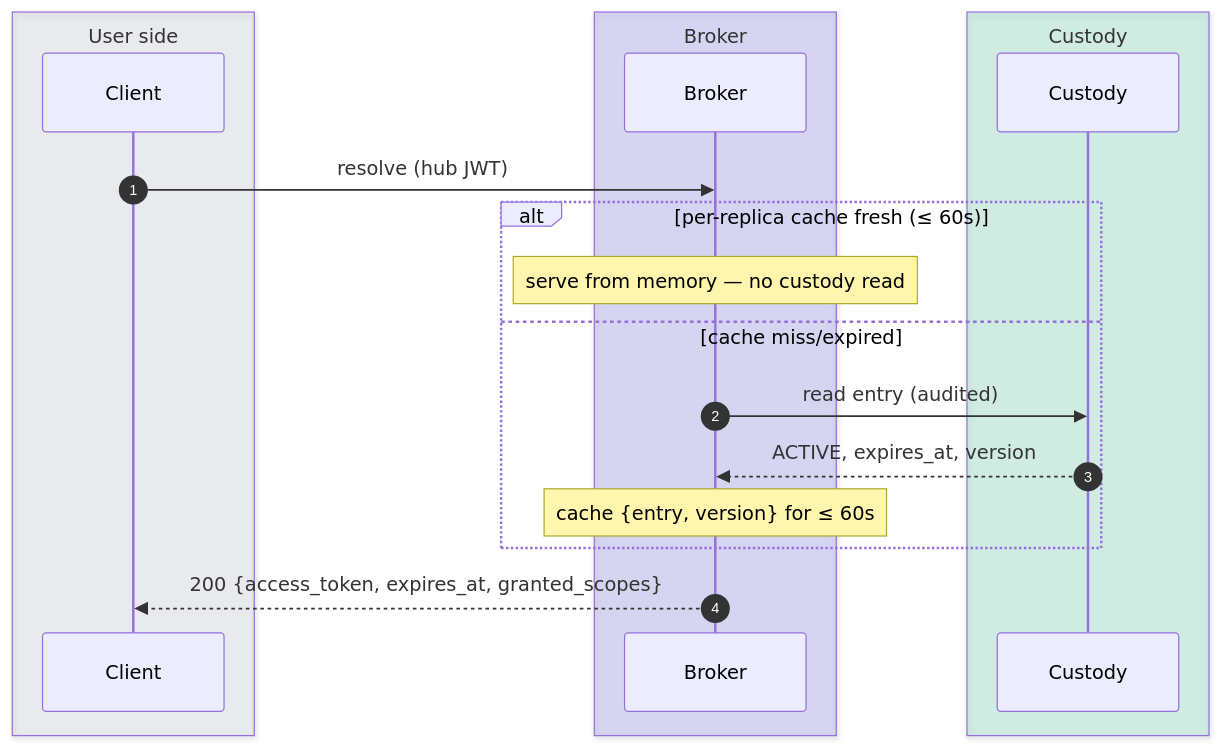
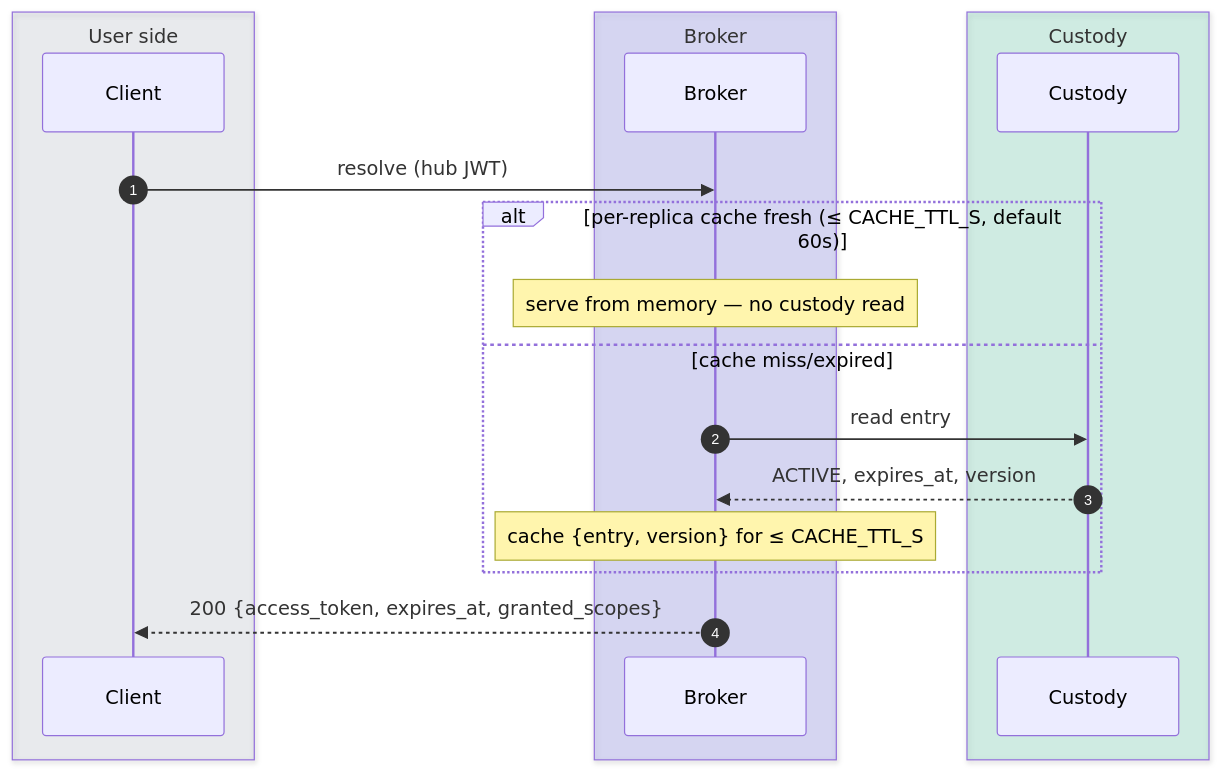
Before and after one commit to chief-builder/vendor-token-broker: the third of 10 diagrams in docs/token-lifecycle.md, drawn with Mermaid. The commit also changed other lines of this file and 20 other files, not shown here.

````diff
--- a/docs/token-lifecycle.md
+++ b/docs/token-lifecycle.md
@@ -129,23 +128,23 @@
 ```mermaid
 sequenceDiagram
     autonumber
     box rgba(148,163,184,0.14) User side
         participant C as Client
     end
     box rgba(99,102,241,0.20) Broker
         participant B as Broker
     end
     box rgba(16,185,129,0.16) Custody
         participant K as Custody
     end
 
     C->>B: resolve (hub JWT)
-    alt per-replica cache fresh (≤ 60s)
+    alt per-replica cache fresh (≤ CACHE_TTL_S, default 60s)
         Note over B: serve from memory — no custody read
     else cache miss/expired
-        B->>K: read entry (audited)
+        B->>K: read entry
         K-->>B: ACTIVE, expires_at, version
-        Note over B: cache {entry, version} for ≤ 60s
+        Note over B: cache {entry, version} for ≤ CACHE_TTL_S
     end
     B-->>C: 200 {access_token, expires_at, granted_scopes}
 ```
````
